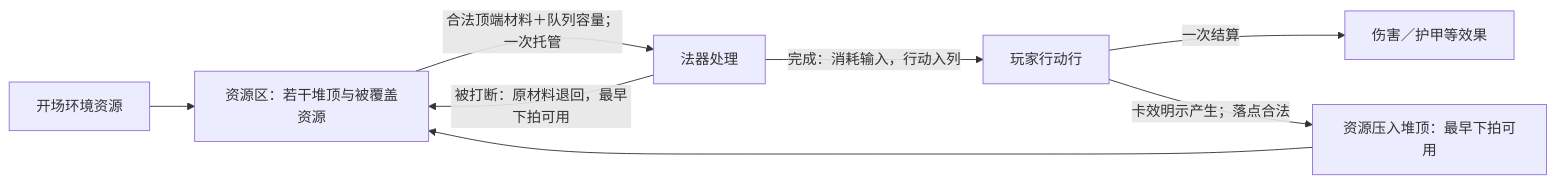
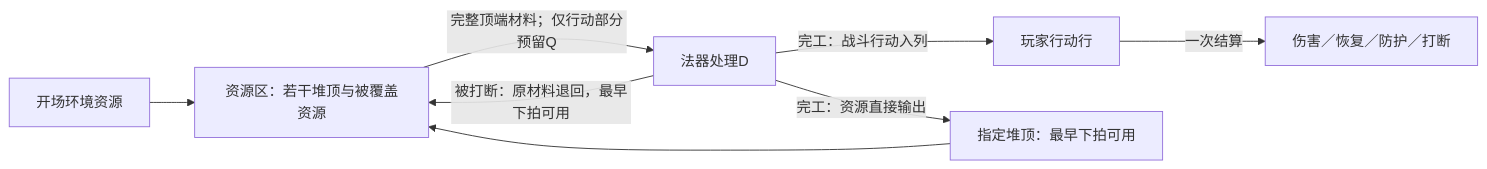
The diagram in yanzhou/exploration/DIR-038-resource-mechanisms/README.md (dsaj4/game_design), drawn with Mermaid before and after one commit. The commit also changed other lines of this file and 2 other files, not shown here.

````diff
--- a/yanzhou/exploration/DIR-038-resource-mechanisms/README.md
+++ b/yanzhou/exploration/DIR-038-resource-mechanisms/README.md
@@ -84,10 +121,10 @@
 ```mermaid
 flowchart LR
     E[开场环境资源] --> S[资源区：若干堆顶与被覆盖资源]
-    S -->|合法顶端材料＋队列容量；一次托管| W[法器处理]
-    W -->|完成：消耗输入，行动入列| A[玩家行动行]
-    A -->|一次结算| F[伤害／护甲等效果]
-    A -->|卡效明示产生；落点合法| P[资源压入堆顶：最早下拍可用]
+    S -->|完整顶端材料；仅行动部分预留Q| W[法器处理D]
+    W -->|完工：战斗行动入列| A[玩家行动行]
+    A -->|一次结算| F[伤害／恢复／防护／打断]
+    W -->|完工：资源直接输出| P[指定堆顶：最早下拍可用]
     P --> S
     W -->|被打断：原材料退回，最早下拍可用| S
 ```
````
